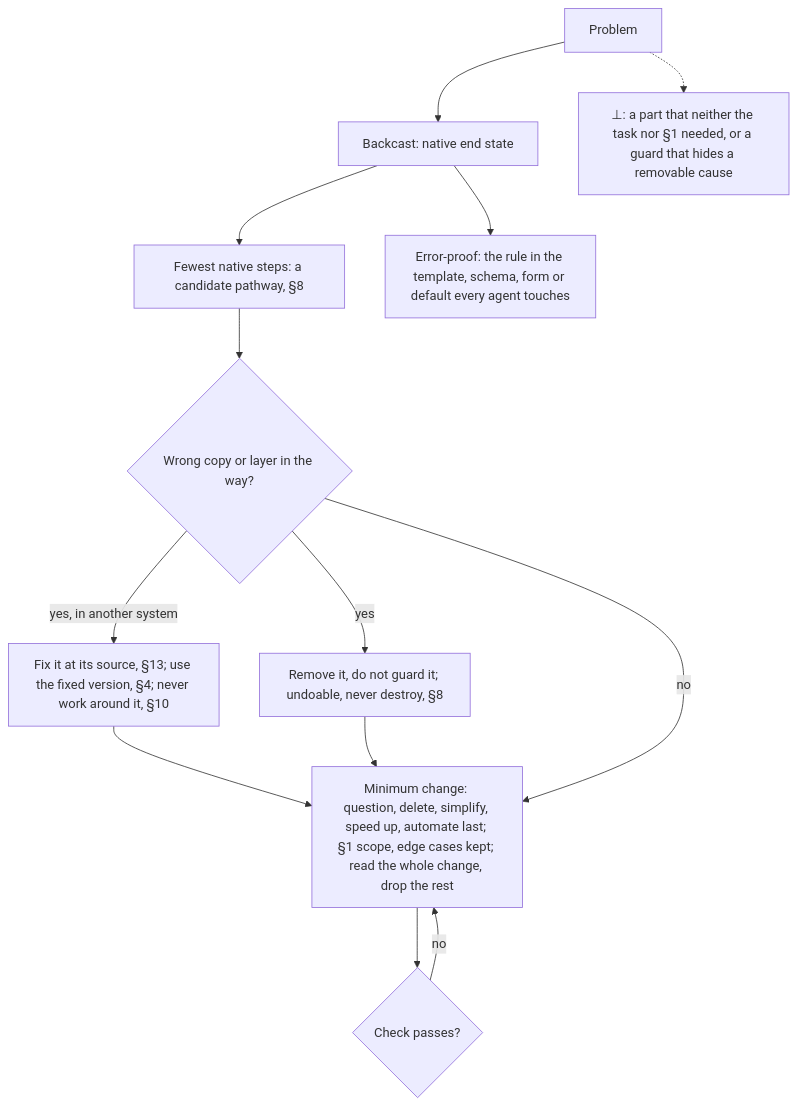
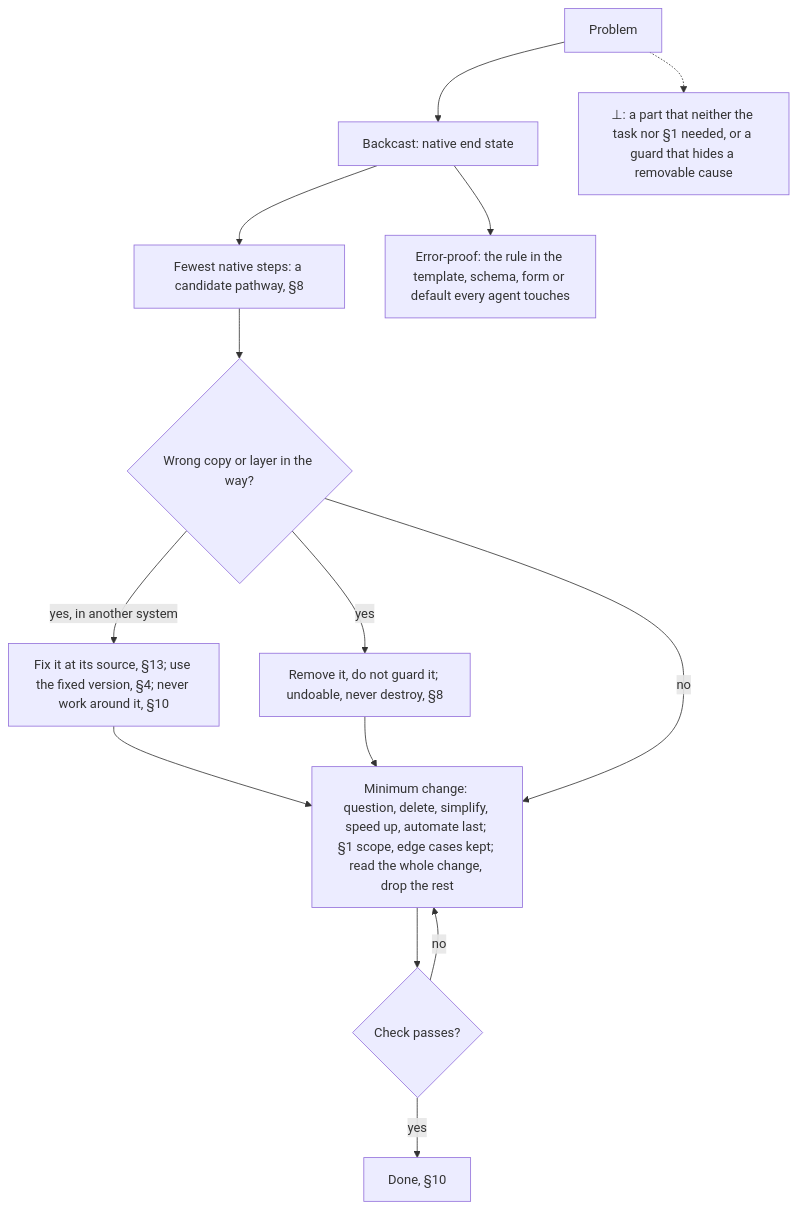
Before and after one commit to SolenixAI/arbiter: the tenth of 14 diagrams in AGENTS.md, drawn with Mermaid. The commit also changed other lines of this file, not shown here.

Commit message:
fix(agents): a terminus is the container law's exception; the SOT is the reference for its fact; three diagram paths get exits

````diff
--- a/AGENTS.md
+++ b/AGENTS.md
@@ -380,11 +381,12 @@
 ```mermaid
 flowchart TD
   P[Problem] --> E["Backcast: native end state"] --> N["Fewest native steps: a candidate pathway, §8"]
   E --> RB["Error-proof: the rule in the template, schema, form or default every agent touches"]
   N --> W{Wrong copy or layer in the way?}
   W -->|yes, in another system| TU["Fix it at its source, §13; use the fixed version, §4; never work around it, §10"] --> M
   W -->|yes| X["Remove it, do not guard it; undoable, never destroy, §8"] --> M
   W -->|no| M["Minimum change: question, delete, simplify, speed up, automate last; §1 scope, edge cases kept; read the whole change, drop the rest"] --> C{Check passes?}
   C -->|no| M
+  C -->|yes| DN["Done, §10"]
   P -.-> BOT["⊥: a part that neither the task nor §1 needed, or a guard that hides a removable cause"]
 ```
````
